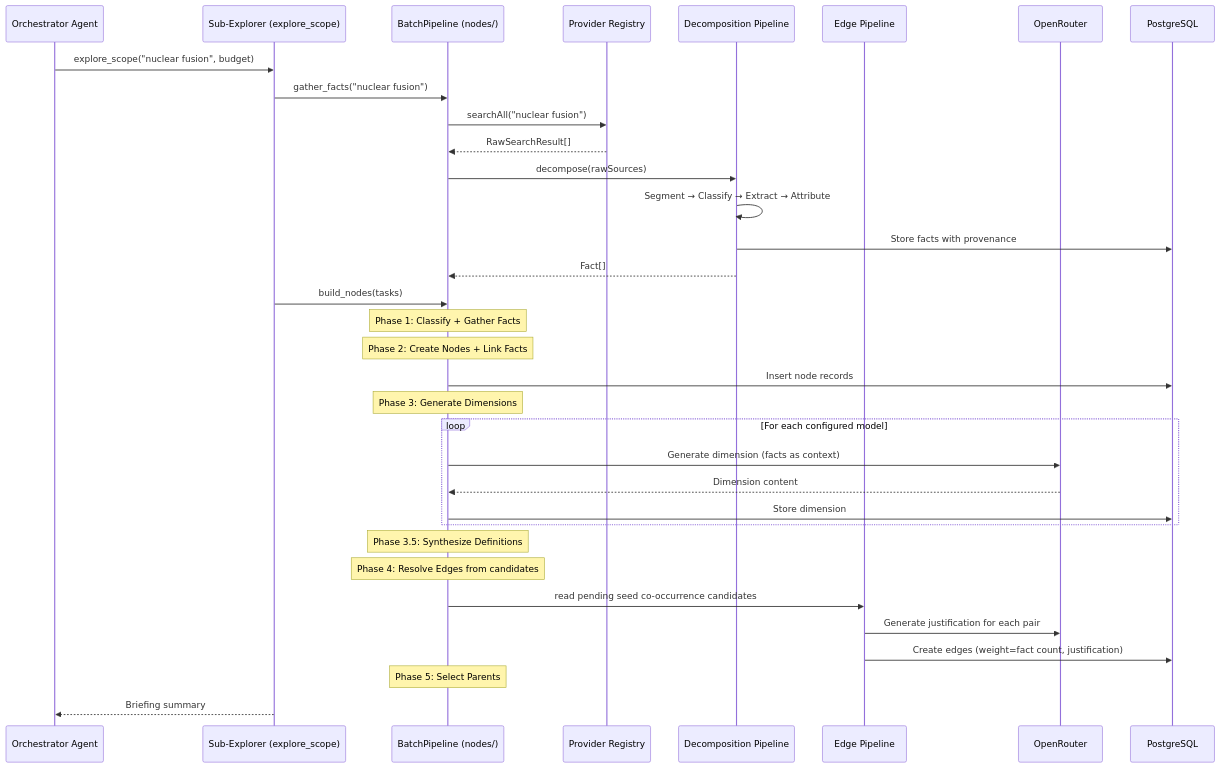
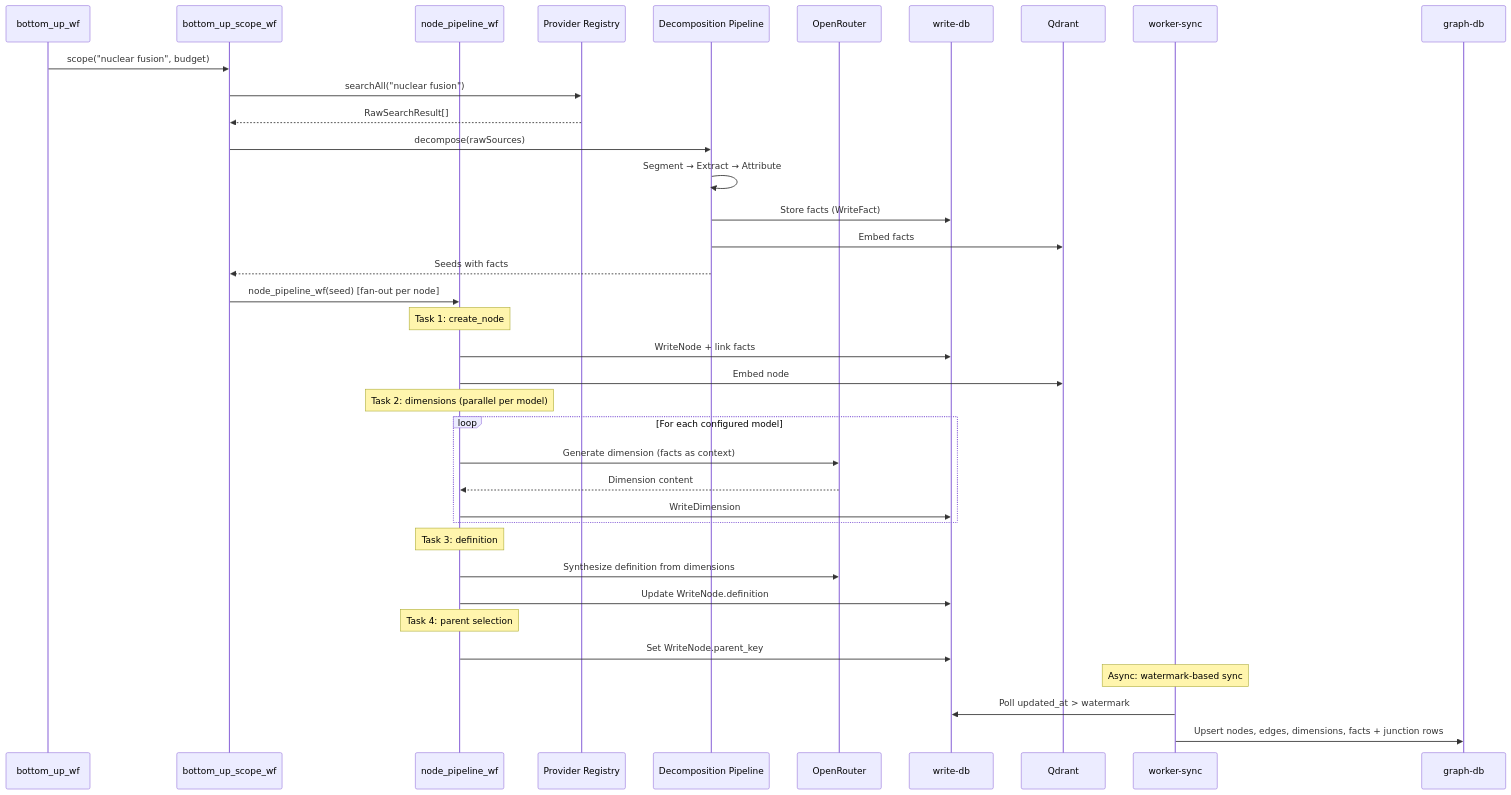
The fifth of 8 diagrams in ARCHITECTURE.md (openktree/knowledge-tree), drawn with Mermaid before and after one commit. The commit also changed other lines of this file and 1 other file, not shown here.

Commit message:
docs: update ARCHITECTURE.md and STACK.md to reflect current design (#142)

````diff
--- a/ARCHITECTURE.md
+++ b/ARCHITECTURE.md
@@ -1452,42 +1100,46 @@
 ```mermaid
 sequenceDiagram
-    participant OA as Orchestrator Agent
-    participant SE as Sub-Explorer (explore_scope)
-    participant BP as BatchPipeline (nodes/)
+    participant BU as bottom_up_wf
+    participant SC as bottom_up_scope_wf
+    participant NP as node_pipeline_wf
     participant PR as Provider Registry
     participant DP as Decomposition Pipeline
-    participant EP as Edge Pipeline
     participant OR as OpenRouter
-    participant DB as PostgreSQL
+    participant WDB as write-db
+    participant QD as Qdrant
+    participant SYNC as worker-sync
+    participant GDB as graph-db
 
-    OA->>SE: explore_scope("nuclear fusion", budget)
-    SE->>BP: gather_facts("nuclear fusion")
-    BP->>PR: searchAll("nuclear fusion")
-    PR-->>BP: RawSearchResult[]
-    BP->>DP: decompose(rawSources)
-    DP->>DP: Segment → Classify → Extract → Attribute
-    DP->>DB: Store facts with provenance
-    DP-->>BP: Fact[]
+    BU->>SC: scope("nuclear fusion", budget)
+    SC->>PR: searchAll("nuclear fusion")
+    PR-->>SC: RawSearchResult[]
+    SC->>DP: decompose(rawSources)
+    DP->>DP: Segment → Extract → Attribute
+    DP->>WDB: Store facts (WriteFact)
+    DP->>QD: Embed facts
+    DP-->>SC: Seeds with facts
 
-    SE->>BP: build_nodes(tasks)
-    Note over BP: Phase 1: Classify + Gather Facts
-    Note over BP: Phase 2: Create Nodes + Link Facts
-    BP->>DB: Insert node records
+    SC->>NP: node_pipeline_wf(seed) [fan-out per node]
 
-    Note over BP: Phase 3: Generate Dimensions
+    Note over NP: Task 1: create_node
+    NP->>WDB: WriteNode + link facts
+    NP->>QD: Embed node
+
+    Note over NP: Task 2: dimensions (parallel per model)
     loop For each configured model
-        BP->>OR: Generate dimension (facts as context)
-        OR-->>BP: Dimension content
-        BP->>DB: Store dimension
+        NP->>OR: Generate dimension (facts as context)
+        OR-->>NP: Dimension content
+        NP->>WDB: WriteDimension
     end
 
-    Note over BP: Phase 3.5: Synthesize Definitions
-    Note over BP: Phase 4: Resolve Edges from candidates
-    BP->>EP: read pending seed co-occurrence candidates
-    EP->>OR: Generate justification for each pair
-    EP->>DB: Create edges (weight=fact count, justification)
+    Note over NP: Task 3: definition
+    NP->>OR: Synthesize definition from dimensions
+    NP->>WDB: Update WriteNode.definition
 
-    Note over BP: Phase 5: Select Parents
+    Note over NP: Task 4: parent selection
+    NP->>WDB: Set WriteNode.parent_key
 
-    SE-->>OA: Briefing summary
+    Note over SYNC: Async: watermark-based sync
+    SYNC->>WDB: Poll updated_at > watermark
+    SYNC->>GDB: Upsert nodes, edges, dimensions, facts + junction rows
 ```
````
